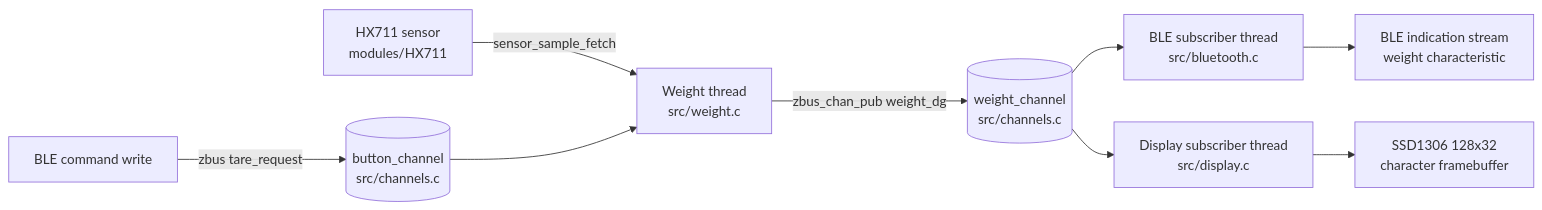
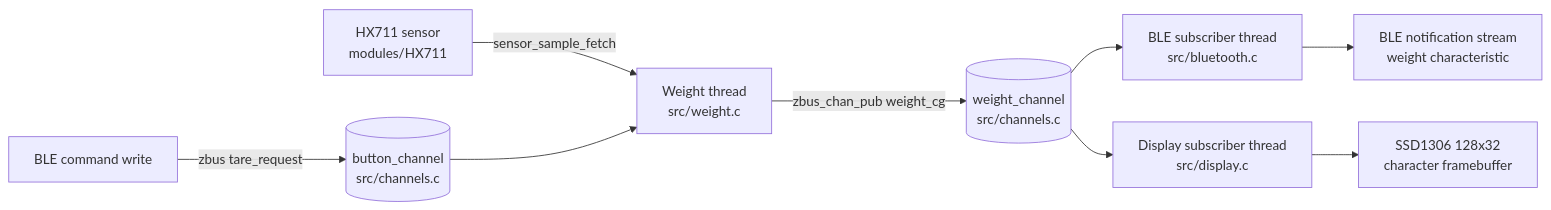
The diagram in README.md (sikaiser/ncs-scale), drawn with Mermaid before and after one commit. The commit also changed other lines of this file and 8 other files, not shown here.

````diff
--- a/README.md
+++ b/README.md
@@ -18,11 +22,11 @@
 ```mermaid
 flowchart LR
     HX711[HX711 sensor\nmodules/HX711] -->|sensor_sample_fetch| WT[Weight thread\nsrc/weight.c]
-    WT -->|zbus_chan_pub weight_dg| ZB[(weight_channel\nsrc/channels.c)]
+    WT -->|zbus_chan_pub weight_cg| ZB[(weight_channel\nsrc/channels.c)]
     ZB --> BT[BLE subscriber thread\nsrc/bluetooth.c]
     ZB --> DSP[Display subscriber thread\nsrc/display.c]
-    BT --> GATT[BLE indication stream\nweight characteristic]
+    BT --> GATT[BLE notification stream\nweight characteristic]
     DSP --> OLED[SSD1306 128x32\ncharacter framebuffer]
     BLECMD[BLE command write] -->|zbus tare_request| BTN[(button_channel\nsrc/channels.c)]
     BTN --> WT
 ```
````
